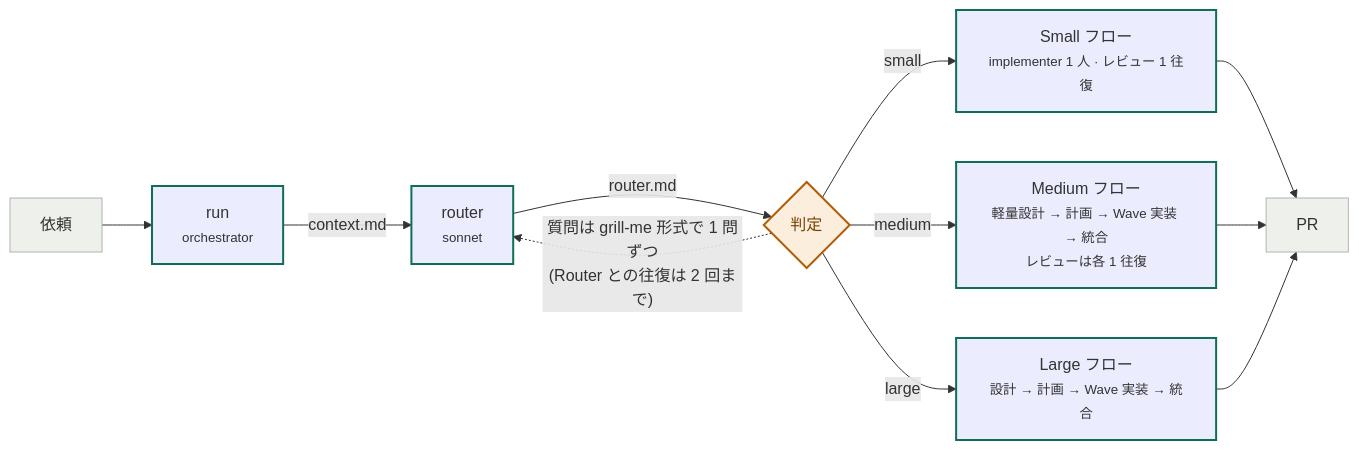
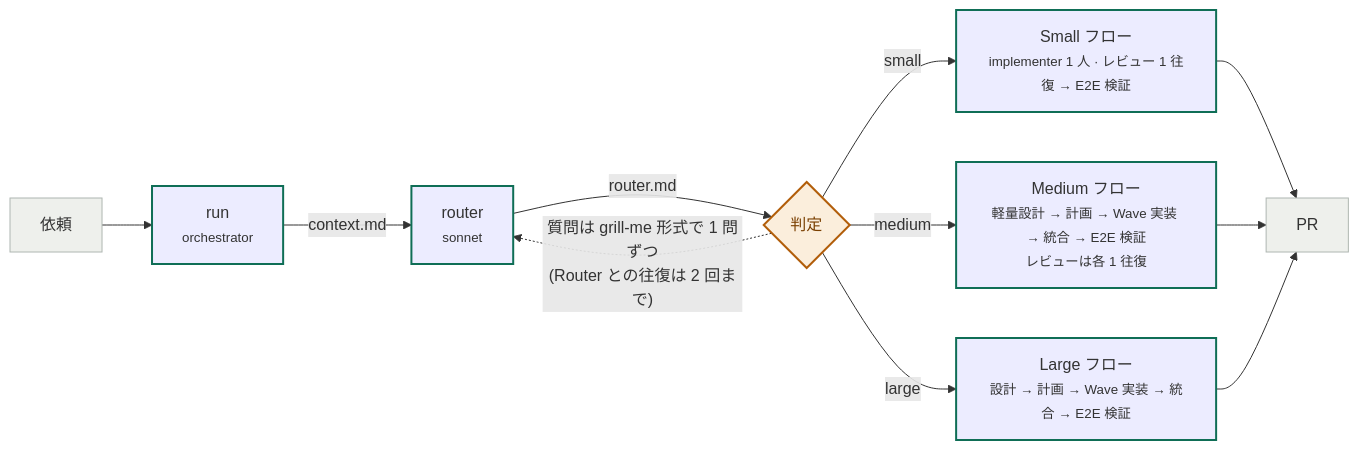
One commit to tamashiro-syuta/tama-cc-kit changed the first of 12 diagrams in docs/tama-cc-devflow.md. Above: the diagram before and after it, drawn with Mermaid. The commit also changed other lines of this file and 17 other files, not shown here.

````diff
--- a/docs/tama-cc-devflow.md
+++ b/docs/tama-cc-devflow.md
@@ -48,21 +51,21 @@
 ```mermaid
 flowchart LR
     classDef agent stroke:#0f6e56,stroke-width:2px
     classDef human fill:#fbeedc,stroke:#b25e0a,stroke-width:2px,color:#7a3f00
     classDef plain fill:#eef0ec,stroke:#aeb6b1
 
     req[依頼]:::plain
     run["run<br/><small>orchestrator</small>"]:::agent
     router["router<br/><small>sonnet</small>"]:::agent
     judge{判定}:::human
-    small["Small フロー<br/><small>implementer 1 人 · レビュー 1 往復</small>"]:::agent
-    medium["Medium フロー<br/><small>軽量設計 → 計画 → Wave 実装 → 統合<br/>レビューは各 1 往復</small>"]:::agent
-    large["Large フロー<br/><small>設計 → 計画 → Wave 実装 → 統合</small>"]:::agent
+    small["Small フロー<br/><small>implementer 1 人 · レビュー 1 往復 → E2E 検証</small>"]:::agent
+    medium["Medium フロー<br/><small>軽量設計 → 計画 → Wave 実装 → 統合 → E2E 検証<br/>レビューは各 1 往復</small>"]:::agent
+    large["Large フロー<br/><small>設計 → 計画 → Wave 実装 → 統合 → E2E 検証</small>"]:::agent
     pr[PR]:::plain
 
     req --> run -- context.md --> router -- router.md --> judge
     judge -- small --> small --> pr
     judge -- medium --> medium --> pr
     judge -- large --> large --> pr
     judge -. "質問は grill-me 形式で 1 問ずつ<br/>(Router との往復は 2 回まで)" .-> router
 ```
````
